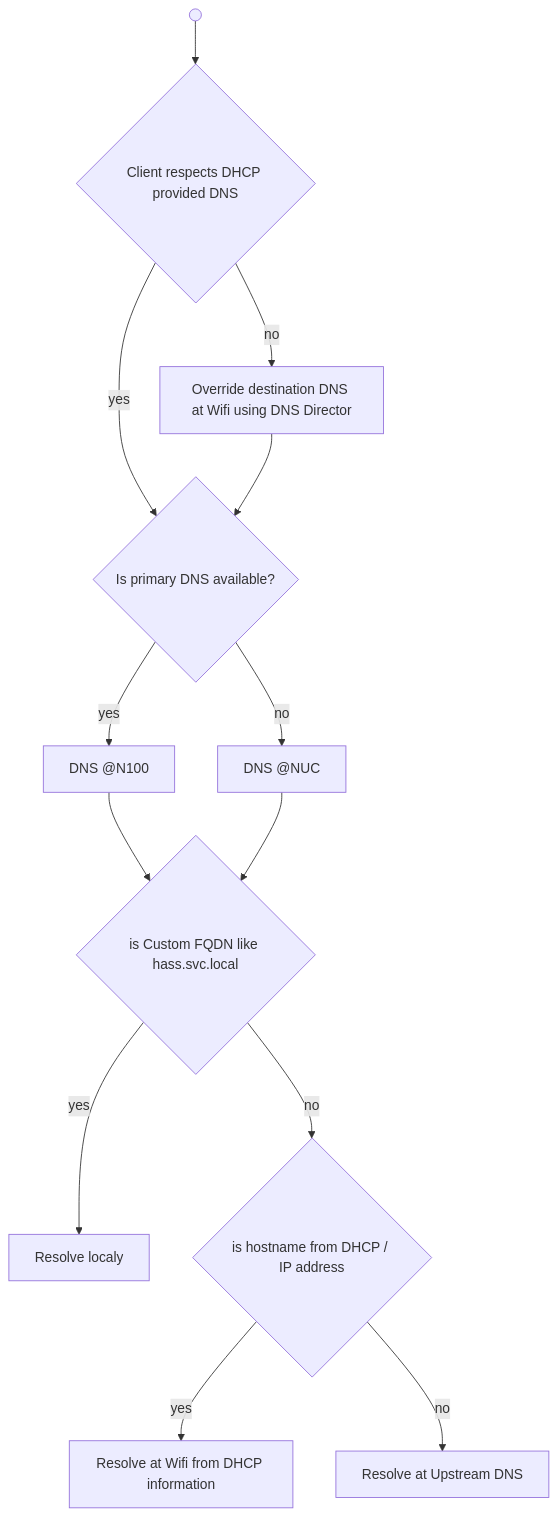
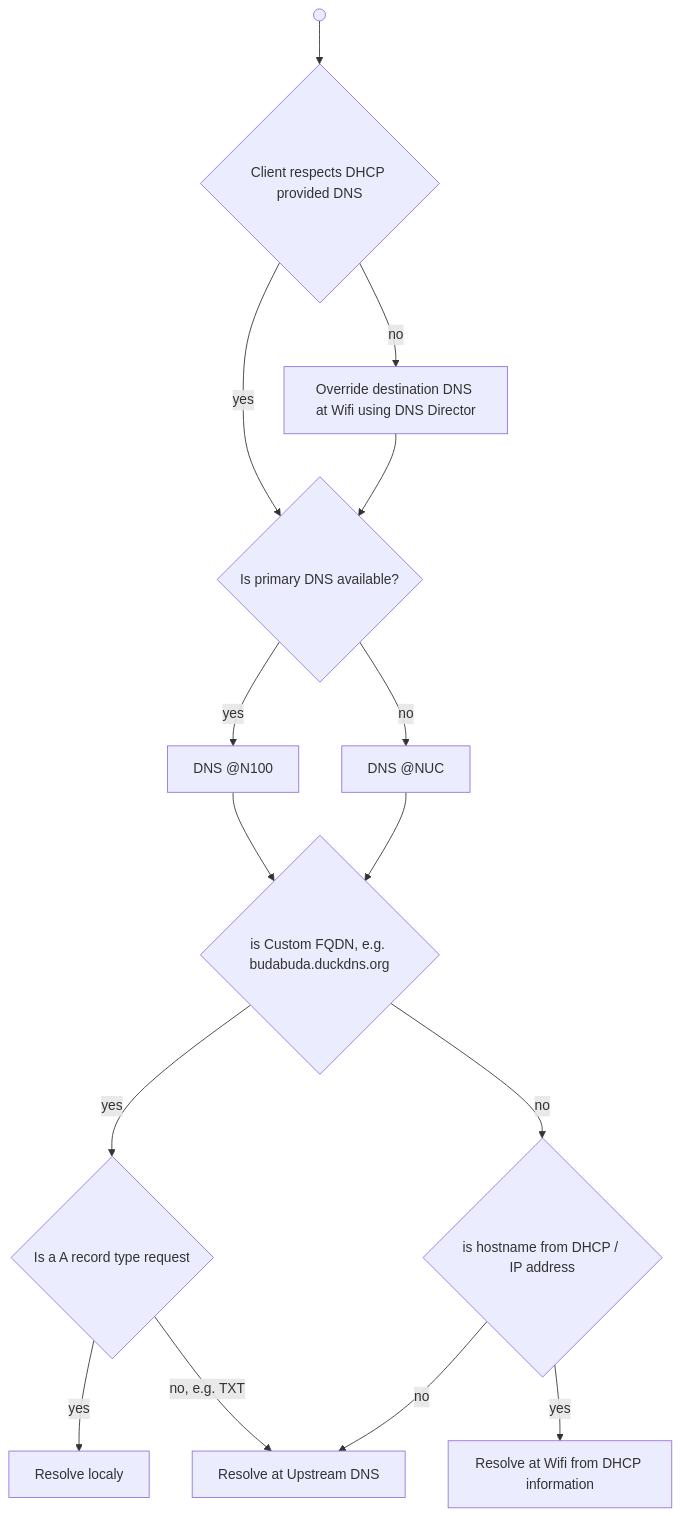
Before and after one commit to pstefka/smarthome: the second of 2 diagrams in README.md, drawn with Mermaid.

Commit message:
add TXT resolving to mermaid

````diff
--- a/README.md
+++ b/README.md
@@ -36,35 +36,38 @@
 ```mermaid
 flowchart TD
 
   DNS1[DNS @N100]
   DNS2[DNS @NUC]
 
   RESPECT{Client respects DHCP provided DNS}
 
   DNSD[Override destination DNS at Wifi using DNS Director]
 
   START@{ shape: sm-circ, label: "Small start" }
   DNS12{Is primary DNS available?}
   
   START --> RESPECT
   RESPECT -- yes --> DNS12
   RESPECT -- no --> DNSD
   DNSD --> DNS12
   DNS12 -- yes --> DNS1
   DNS12 -- no --> DNS2
-  CDNS{is Custom FQDN like hass.svc.local}
+  CDNS{is Custom FQDN, e.g. budabuda.duckdns.org}
   DNS1 --> CDNS
   DNS2 --> CDNS
-  
+
+  ISA{Is a A record type request}
   LRESOLVE[Resolve localy]
   WRESOLVE[Resolve at Wifi from DHCP information]
   UDNS[Resolve at Upstream DNS]
 
   DHCPDNS{is hostname from DHCP / IP address}
-  CDNS -- yes --> LRESOLVE
+  CDNS -- yes --> ISA
+  ISA -- yes --> LRESOLVE
+  ISA -- no, e.g. TXT --> UDNS
   CDNS -- no --> DHCPDNS
 
   DHCPDNS -- yes --> WRESOLVE
   DHCPDNS -- no --> UDNS
 
 ```
````
